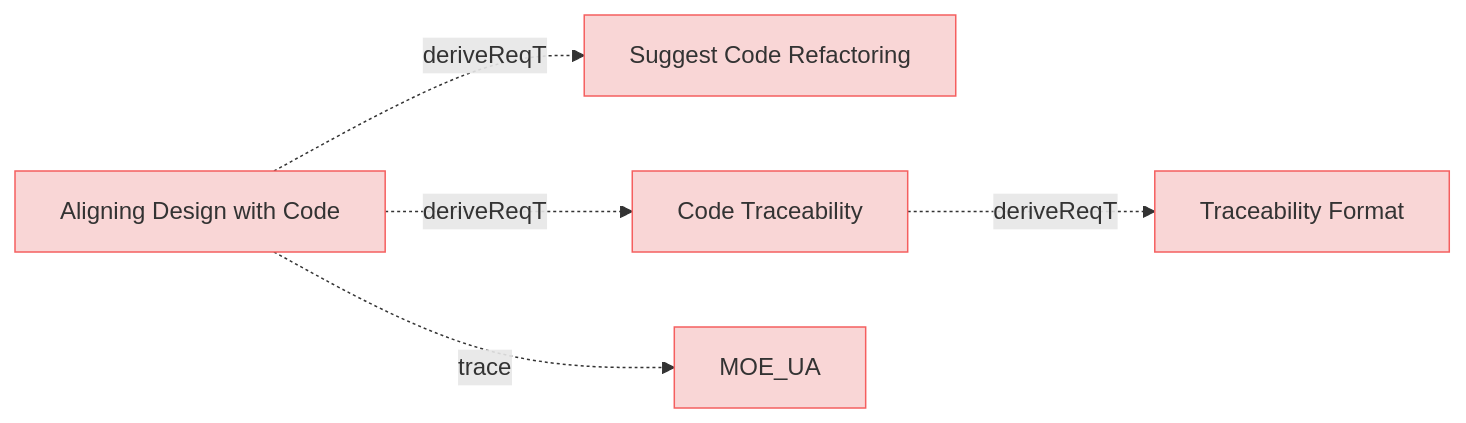
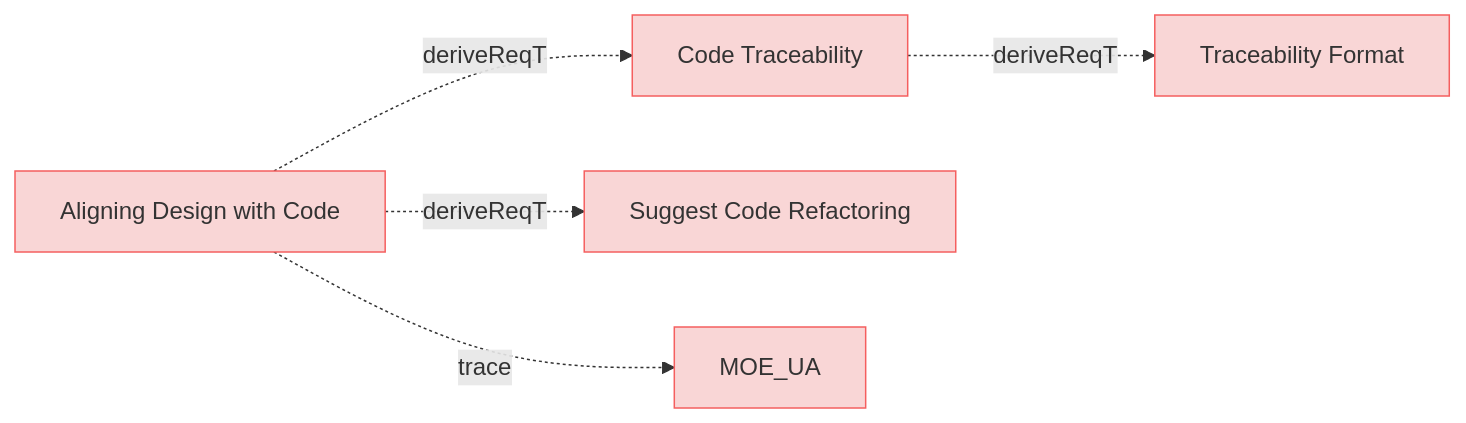
The second of 9 diagrams in specifications/UserRequirements.md (reqvire-org/reqvire), drawn with Mermaid before and after one commit. The commit also changed other lines of this file and 34 other files, not shown here.

````diff
--- a/specifications/UserRequirements.md
+++ b/specifications/UserRequirements.md
@@ -82,29 +82,29 @@
 ```mermaid
 graph LR;
   %% REQVIRE-AUTOGENERATED-DIAGRAM
   %% Graph styling
   classDef requirement fill:#f9d6d6,stroke:#f55f5f,stroke-width:1px;
   classDef verification fill:#d6f9d6,stroke:#5fd75f,stroke-width:1px;
   classDef externalLink fill:#d0e0ff,stroke:#3080ff,stroke-width:1px;
   classDef default fill:#f5f5f5,stroke:#333333,stroke-width:1px;
 
-  398641ced77f628c["Suggest Code Refactoring"];
-  class 398641ced77f628c requirement;
-  click 398641ced77f628c "UserRequirements.md#suggest-code-refactoring";
   26ca72b617aff229["Code Traceability"];
   class 26ca72b617aff229 requirement;
   click 26ca72b617aff229 "UserRequirements.md#code-traceability";
   9314736a59776478["Traceability Format"];
   class 9314736a59776478 requirement;
   click 9314736a59776478 "CodeTraecabilityRequirements.md#traceability-format";
   26ca72b617aff229 -.->|deriveReqT| 9314736a59776478;
+  398641ced77f628c["Suggest Code Refactoring"];
+  class 398641ced77f628c requirement;
+  click 398641ced77f628c "UserRequirements.md#suggest-code-refactoring";
   855a1b3061c7bcdd["Aligning Design with Code"];
   class 855a1b3061c7bcdd requirement;
   click 855a1b3061c7bcdd "UserStories.md#aligning-design-with-code";
   2c5f30f14e792200["MOE_UA"];
   class 2c5f30f14e792200 requirement;
   click 2c5f30f14e792200 "MOEs.md#moe_ua";
   855a1b3061c7bcdd -.->|trace| 2c5f30f14e792200;
+  855a1b3061c7bcdd -.->|deriveReqT| 26ca72b617aff229;
   855a1b3061c7bcdd -.->|deriveReqT| 398641ced77f628c;
-  855a1b3061c7bcdd -.->|deriveReqT| 26ca72b617aff229;
 ```
````
